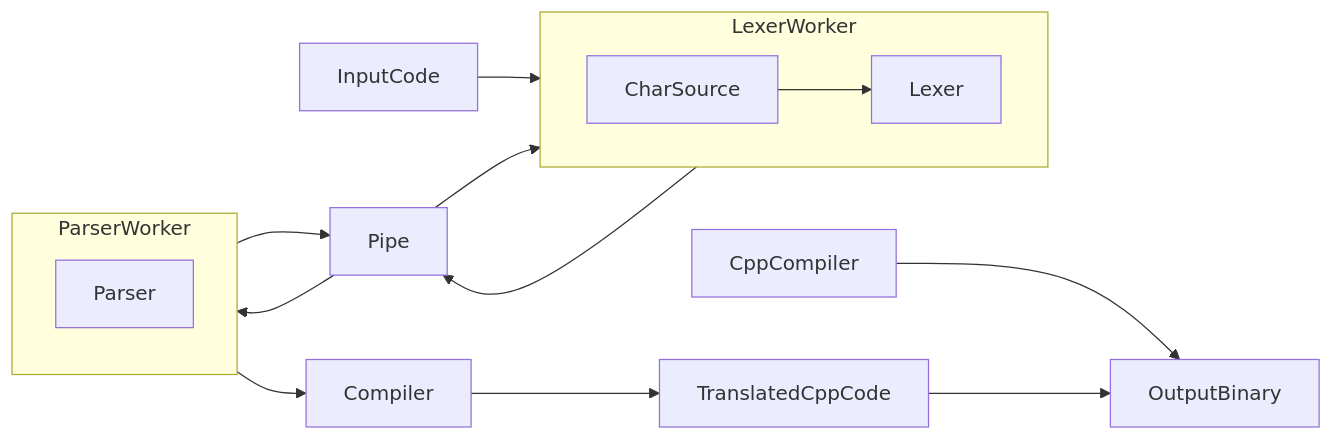
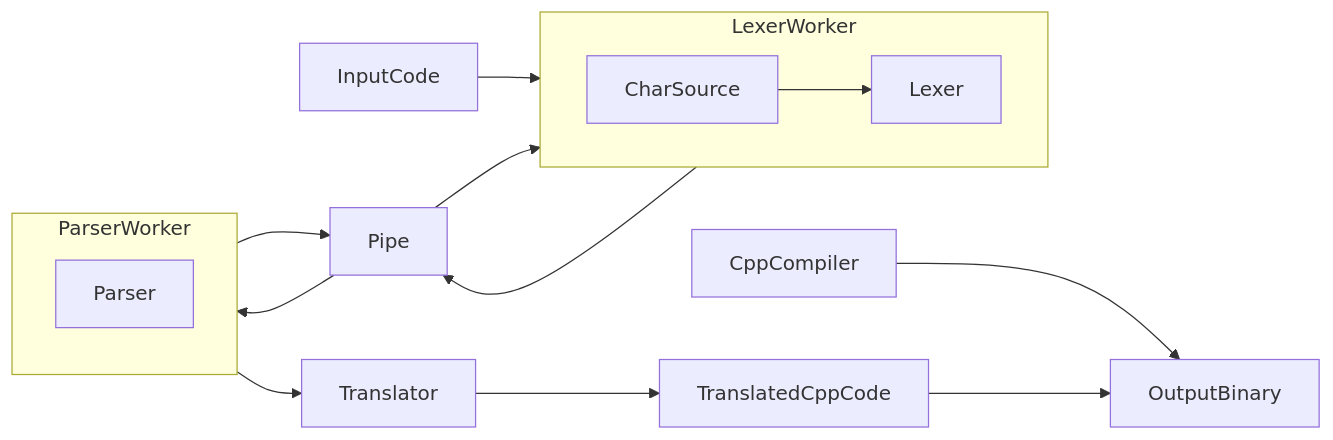
The diagram in README.md (astrophysik/Compiler-Cpm), drawn with Mermaid before and after one commit.

````diff
--- a/README.md
+++ b/README.md
@@ -60,19 +60,19 @@
   ```mermaid
 flowchart LR
     direction TB
     subgraph LexerWorker
         direction LR
         CharSource-->Lexer
     end
     subgraph ParserWorker
         Parser
     end
     InputCode-->LexerWorker
     LexerWorker-->Pipe-->ParserWorker
     ParserWorker-->Pipe
     Pipe-->LexerWorker
-    ParserWorker-->Compiler
-    Compiler-->TranslatedCppCode
+    ParserWorker-->Translator
+    Translator-->TranslatedCppCode
     CppCompiler-->OutputBinary
     TranslatedCppCode-->OutputBinary
 ```
````
